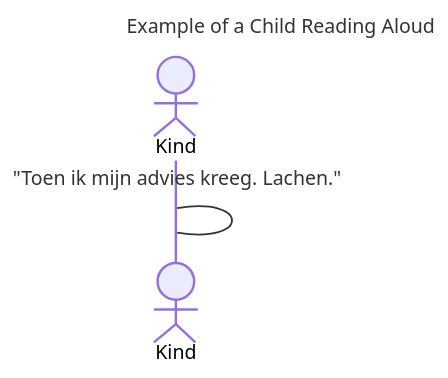
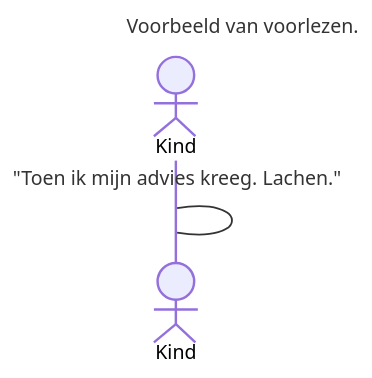
Before and after one commit to Dionysi/AnnotationTool-Release: the fifth of 10 diagrams in Annotation-rules-refactor.md, drawn with Mermaid. The commit also changed other lines of this file, not shown here.

````diff
--- a/Annotation-rules-refactor.md
+++ b/Annotation-rules-refactor.md
@@ -108,6 +108,6 @@
     ```mermaid
     sequenceDiagram
-        title Example of a Child Reading Aloud
+        title Voorbeeld van voorlezen.
         actor Kind
         Kind->Kind: "Toen ik mijn advies kreeg. Lachen."
     ```
````
